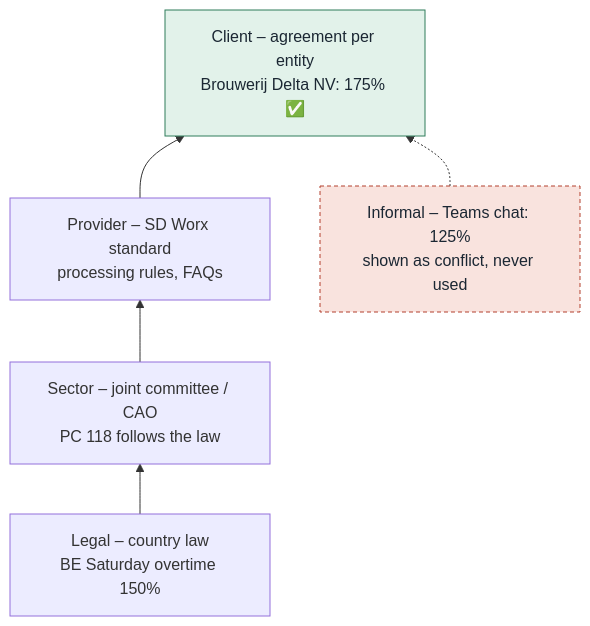
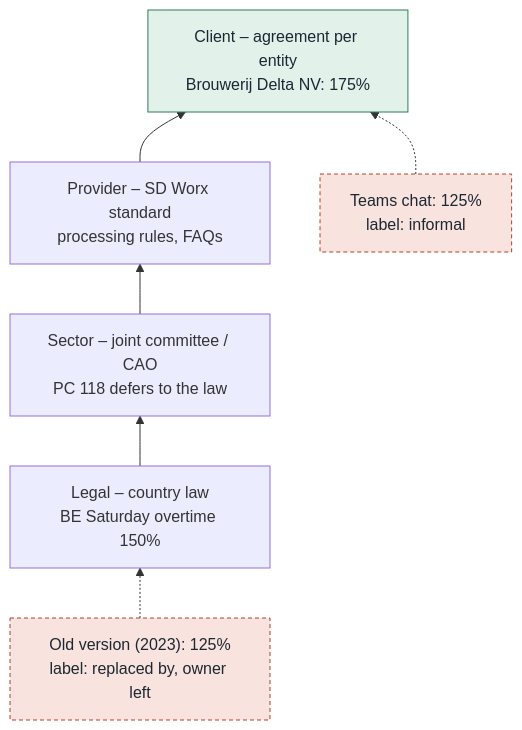
The second of 3 diagrams in README.md (XVmecha/Smirnof_drinkers_sd_worx), drawn with Mermaid before and after one commit. The commit also changed other lines of this file, not shown here.

````diff
--- a/README.md
+++ b/README.md
@@ -71,12 +89,13 @@
 ```mermaid
 flowchart BT
-    L["Legal – country law<br/>BE Saturday overtime 150%"] --> S["Sector – joint committee / CAO<br/>PC 118 follows the law"]
+    L["Legal – country law<br/>BE Saturday overtime 150%"] --> S["Sector – joint committee / CAO<br/>PC 118 defers to the law"]
     S --> P["Provider – SD Worx standard<br/>processing rules, FAQs"]
-    P --> C["Client – agreement per entity<br/>Brouwerij Delta NV: 175% ✅"]
-    I["Informal – Teams chat: 125%<br/>shown as conflict, never used"] -.-> C
+    P --> C["Client – agreement per entity<br/>Brouwerij Delta NV: 175%"]
+    O["Old version (2023): 125%<br/>label: replaced by, owner left"] -.-> L
+    I["Teams chat: 125%<br/>label: informal"] -.-> C
 
     classDef win fill:#E2F2EA,stroke:#2E7D5B,color:#1B2733
-    classDef inf fill:#F9E3DE,stroke:#B3412E,color:#1B2733,stroke-dasharray:4 3
+    classDef warn fill:#F9E3DE,stroke:#B3412E,color:#1B2733,stroke-dasharray:4 3
     class C win
-    class I inf
+    class O,I warn
 ```
````
